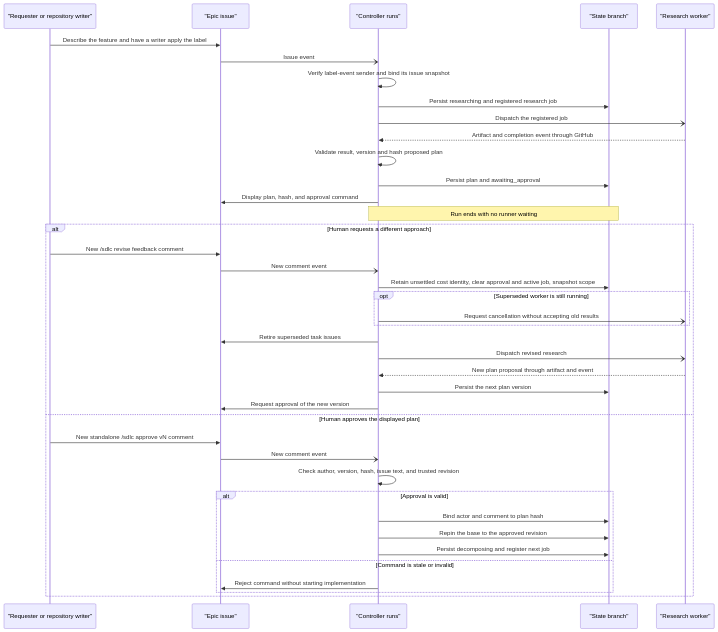
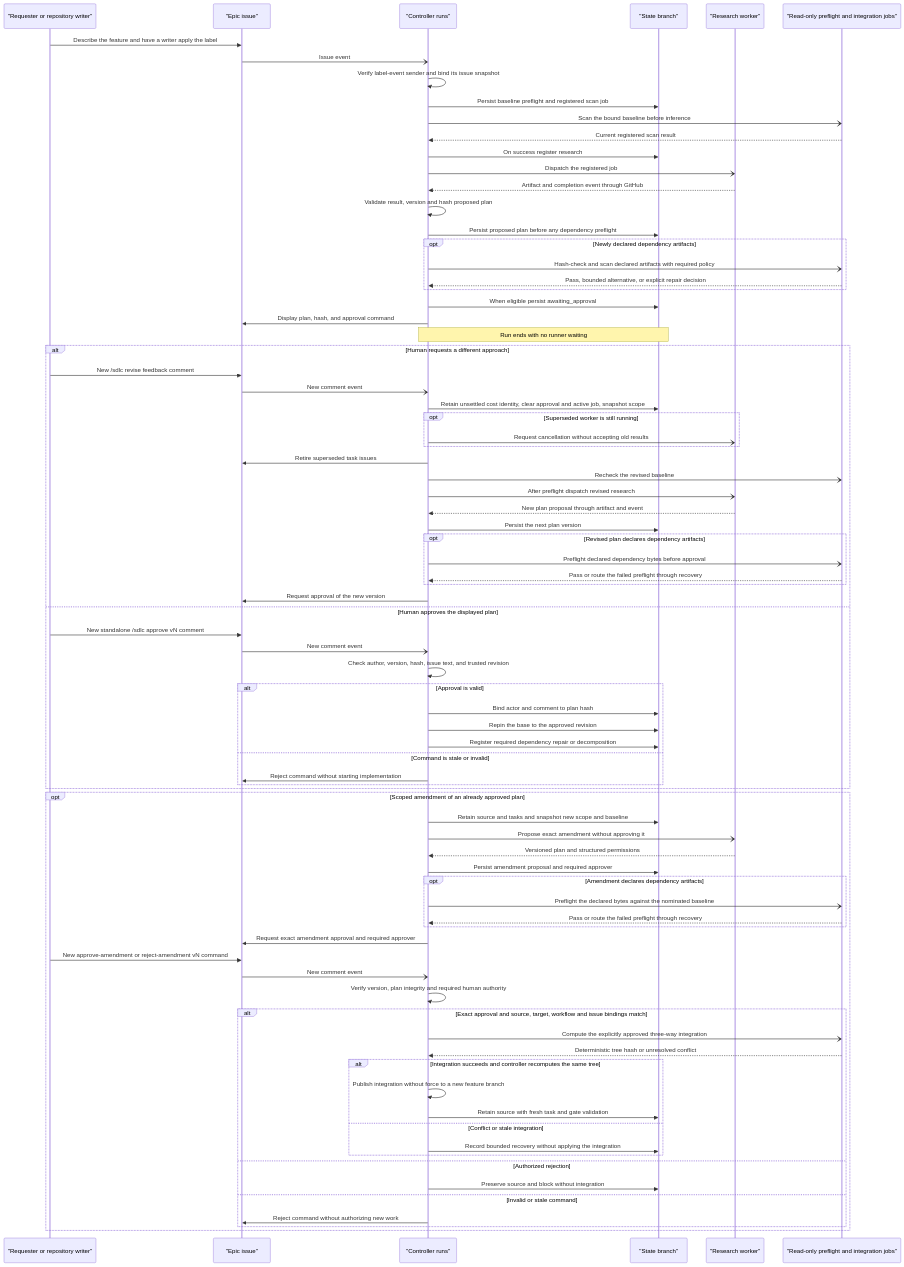
The third of 7 diagrams in docs/architecture.md (dav1dc-github-cs-org/agentic-sdlc-prototype), drawn with Mermaid before and after one commit. The commit also changed other lines of this file and 29 other files, not shown here.

````diff
--- a/docs/architecture.md
+++ b/docs/architecture.md
@@ -234,15 +258,24 @@
   participant ApControl as "Controller runs"
   participant ApState as "State branch"
   participant ApWorker as "Research worker"
+  participant ApChecks as "Read-only preflight and integration jobs"
 
   ApHuman->>ApIssue: Describe the feature and have a writer apply the label
   ApIssue-)ApControl: Issue event
   ApControl->>ApControl: Verify label-event sender and bind its issue snapshot
-  ApControl->>ApState: Persist researching and registered research job
+  ApControl->>ApState: Persist baseline preflight and registered scan job
+  ApControl-)ApChecks: Scan the bound baseline before inference
+  ApChecks-->>ApControl: Current registered scan result
+  ApControl->>ApState: On success register research
   ApControl-)ApWorker: Dispatch the registered job
   ApWorker-->>ApControl: Artifact and completion event through GitHub
   ApControl->>ApControl: Validate result, version and hash proposed plan
-  ApControl->>ApState: Persist plan and awaiting_approval
+  ApControl->>ApState: Persist proposed plan before any dependency preflight
+    opt Newly declared dependency artifacts
+  ApControl-)ApChecks: Hash-check and scan declared artifacts with required policy
+  ApChecks-->>ApControl: Pass, bounded alternative, or explicit repair decision
+    end
+  ApControl->>ApState: When eligible persist awaiting_approval
   ApControl->>ApIssue: Display plan, hash, and approval command
   Note over ApControl,ApState: Run ends with no runner waiting
 
@@ -254,9 +287,14 @@
     ApControl-)ApWorker: Request cancellation without accepting old results
       end
     ApControl->>ApIssue: Retire superseded task issues
-    ApControl-)ApWorker: Dispatch revised research
+    ApControl-)ApChecks: Recheck the revised baseline
+    ApControl-)ApWorker: After preflight dispatch revised research
     ApWorker-->>ApControl: New plan proposal through artifact and event
     ApControl->>ApState: Persist the next plan version
+      opt Revised plan declares dependency artifacts
+    ApControl-)ApChecks: Preflight declared dependency bytes before approval
+    ApChecks-->>ApControl: Pass or route the failed preflight through recovery
+      end
     ApControl->>ApIssue: Request approval of the new version
     else Human approves the displayed plan
     ApHuman->>ApIssue: New standalone /sdlc approve vN comment
@@ -265,9 +303,37 @@
         alt Approval is valid
       ApControl->>ApState: Bind actor and comment to plan hash
       ApControl->>ApState: Repin the base to the approved revision
-      ApControl->>ApState: Persist decomposing and register next job
+      ApControl->>ApState: Register required dependency repair or decomposition
         else Command is stale or invalid
       ApControl->>ApIssue: Reject command without starting implementation
         end
     end
+    opt Scoped amendment of an already approved plan
+    ApControl->>ApState: Retain source and tasks and snapshot new scope and baseline
+    ApControl-)ApWorker: Propose exact amendment without approving it
+    ApWorker-->>ApControl: Versioned plan and structured permissions
+    ApControl->>ApState: Persist amendment proposal and required approver
+      opt Amendment declares dependency artifacts
+    ApControl-)ApChecks: Preflight the declared bytes against the nominated baseline
+    ApChecks-->>ApControl: Pass or route the failed preflight through recovery
+      end
+    ApControl->>ApIssue: Request exact amendment approval and required approver
+    ApHuman->>ApIssue: New approve-amendment or reject-amendment vN command
+    ApIssue-)ApControl: New comment event
+    ApControl->>ApControl: Verify version, plan integrity and required human authority
+      alt Exact approval and source, target, workflow and issue bindings match
+    ApControl-)ApChecks: Compute the explicitly approved three-way integration
+    ApChecks-->>ApControl: Deterministic tree hash or unresolved conflict
+        alt Integration succeeds and controller recomputes the same tree
+    ApControl->>ApControl: Publish integration without force to a new feature branch
+    ApControl->>ApState: Retain source with fresh task and gate validation
+        else Conflict or stale integration
+    ApControl->>ApState: Record bounded recovery without applying the integration
+        end
+      else Authorized rejection
+    ApControl->>ApState: Preserve source and block without integration
+      else Invalid or stale command
+    ApControl->>ApIssue: Reject command without authorizing new work
+      end
+    end
 ```
````
